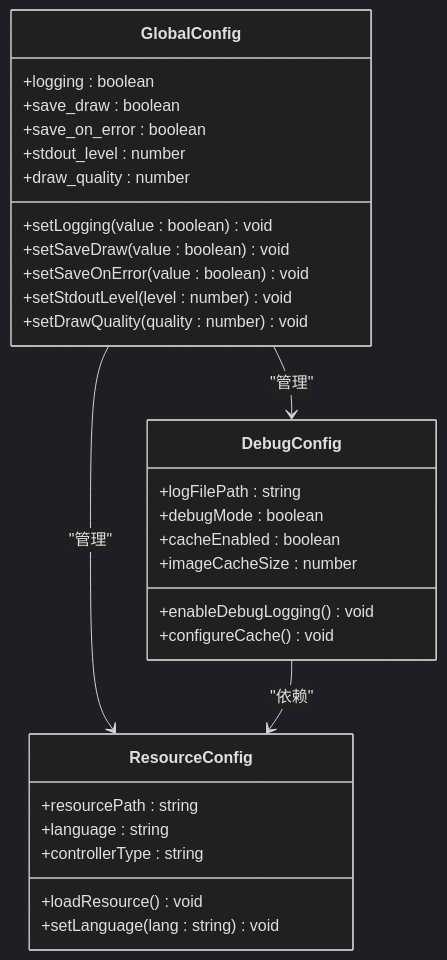
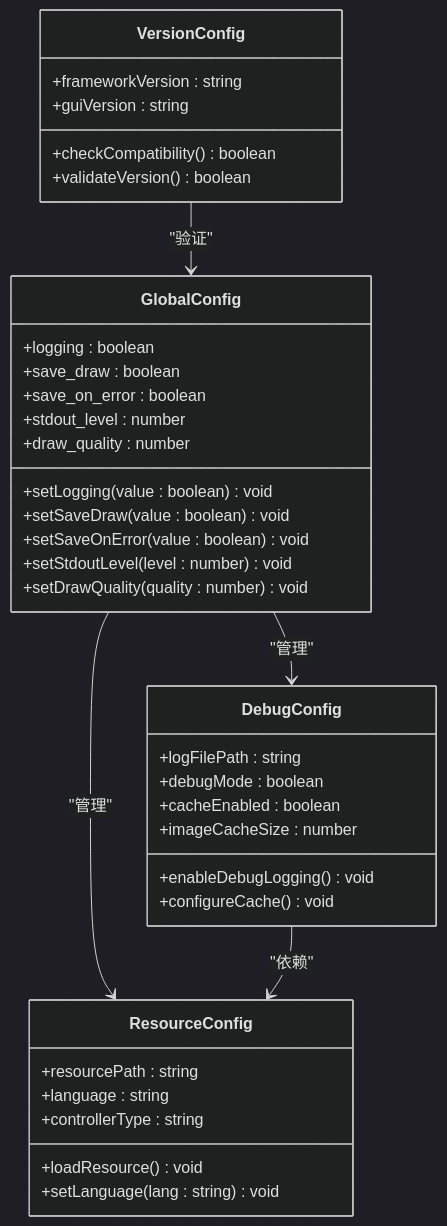
One commit to kqcoxn/MaaDuDuL changed the fourth of 5 diagrams in .qoder/repowiki/zh/content/系统架构与设计/核心架构设计/配置体系设计.md. Above: the diagram before and after it, drawn with Mermaid (dark theme). The commit also changed other lines of this file and 18 other files, not shown here.

````diff
--- a/.qoder/repowiki/zh/content/系统架构与设计/核心架构设计/配置体系设计.md
+++ b/.qoder/repowiki/zh/content/系统架构与设计/核心架构设计/配置体系设计.md
@@ -172,33 +199,40 @@
 ```mermaid
 classDiagram
 class GlobalConfig {
 +logging : boolean
 +save_draw : boolean
 +save_on_error : boolean
 +stdout_level : number
 +draw_quality : number
 +setLogging(value : boolean) void
 +setSaveDraw(value : boolean) void
 +setSaveOnError(value : boolean) void
 +setStdoutLevel(level : number) void
 +setDrawQuality(quality : number) void
 }
 class DebugConfig {
 +logFilePath : string
 +debugMode : boolean
 +cacheEnabled : boolean
 +imageCacheSize : number
 +enableDebugLogging() void
 +configureCache() void
 }
 class ResourceConfig {
 +resourcePath : string
 +language : string
 +controllerType : string
 +loadResource() void
 +setLanguage(lang : string) void
 }
+class VersionConfig {
++frameworkVersion : string
++guiVersion : string
++checkCompatibility() boolean
++validateVersion() boolean
+}
 GlobalConfig --> DebugConfig : "管理"
 GlobalConfig --> ResourceConfig : "管理"
 DebugConfig --> ResourceConfig : "依赖"
+VersionConfig --> GlobalConfig : "验证"
 ```
````
